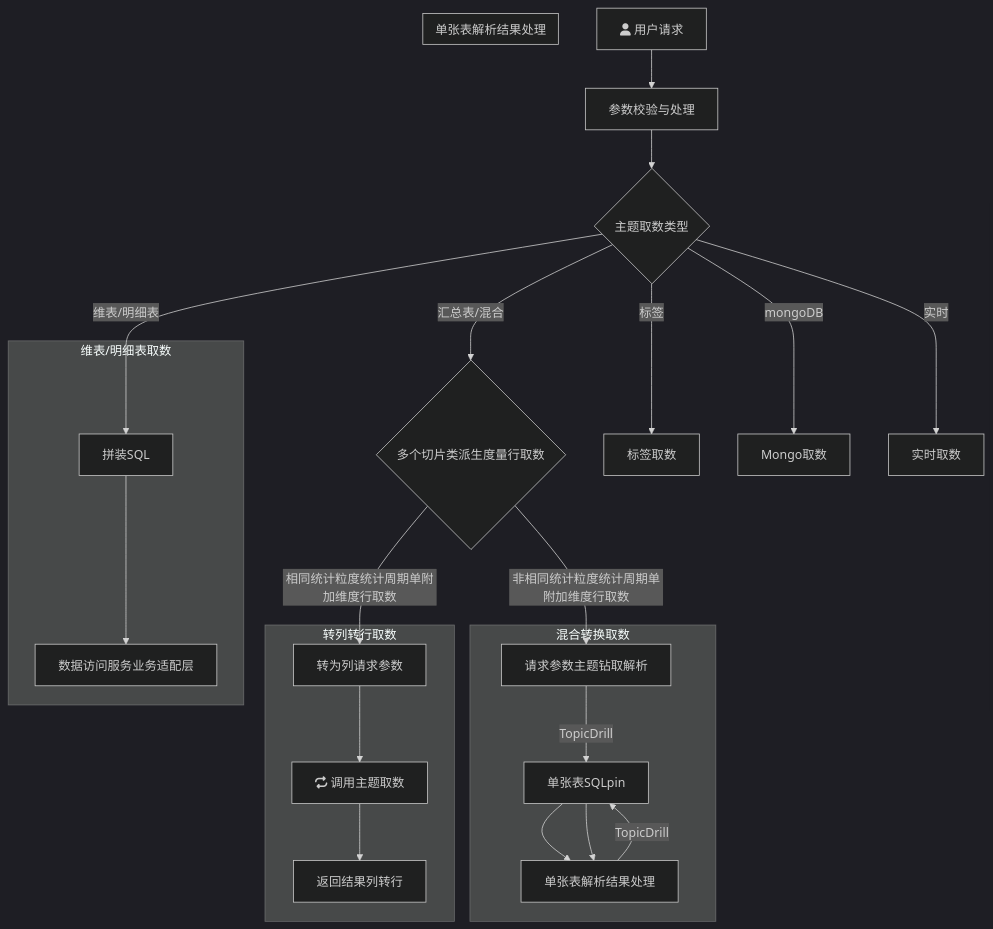
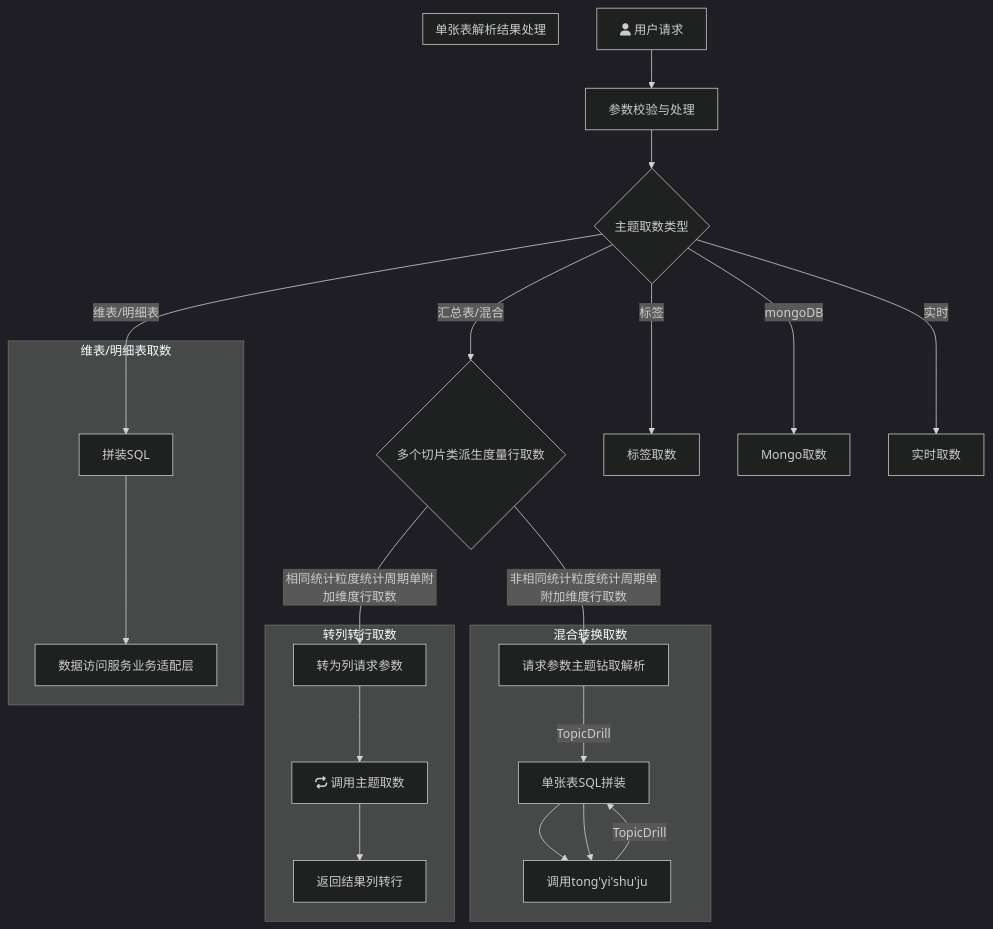
One commit to yanglosm/iodraw-files changed the diagram in all/未命名.md. Above: the diagram before and after it, drawn with Mermaid (dark theme).

Commit message:
2024-11-29 18:45:29 update

````diff
--- a/all/未命名.md
+++ b/all/未命名.md
@@ -1,23 +1,23 @@
 ```mermaid
 flowchart TD
     A[fa:fa-user 用户请求] -->A1[参数校验与处理] --> B{主题取数类型}
     B -->|维表/明细表| D[拼装SQL]
     B -->|汇总表/混合| E{多个切片类派生度量行取数}
     B -->|标签| F[标签取数]
     B -->|mongoDB| G[Mongo取数]
     B -->|实时| H[实时取数]
     E -->|相同统计粒度统计周期单附加维度行取数| E1[转为列请求参数]
     E -->|非相同统计粒度统计周期单附加维度行取数| T1[请求参数主题钻取解析]
     subgraph 维表/明细表取数
     D-->D1[数据访问服务业务适配层]
     end
     subgraph 转列转行取数
     E1-->E11[fa:fa-repeat 调用主题取数]-->E12[返回结果列转行]
     end
     subgraph 混合转换取数
     T1-->|TopicDrill| T2[维表取数鉴权] --> T3[单张表解析结果处理]
     end
     subgraph 单张表解析结果处理
-    T3-->|TopicDrill| T2[单张表SQLpin] --> T3[单张表解析结果处理]
+    T3-->|TopicDrill| T2[单张表SQL拼装] --> T3[调用tong'yi'shu'ju]
     end
 ```
````
